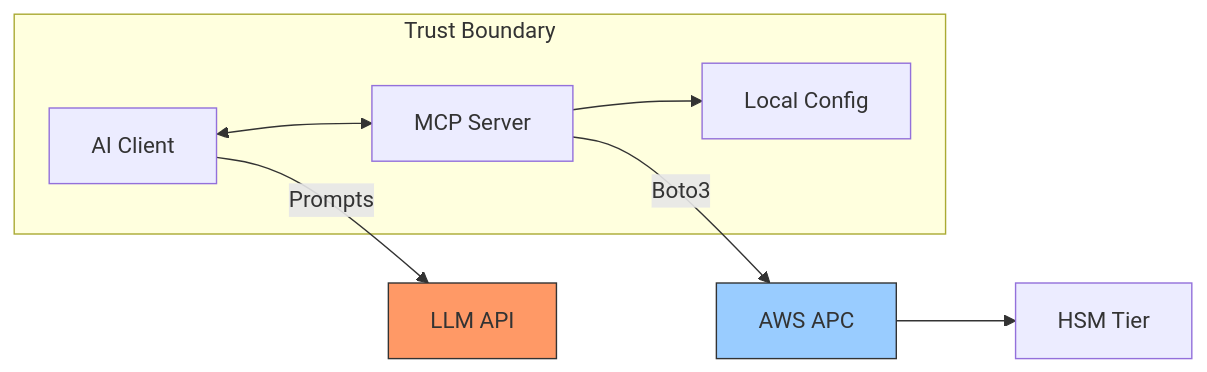
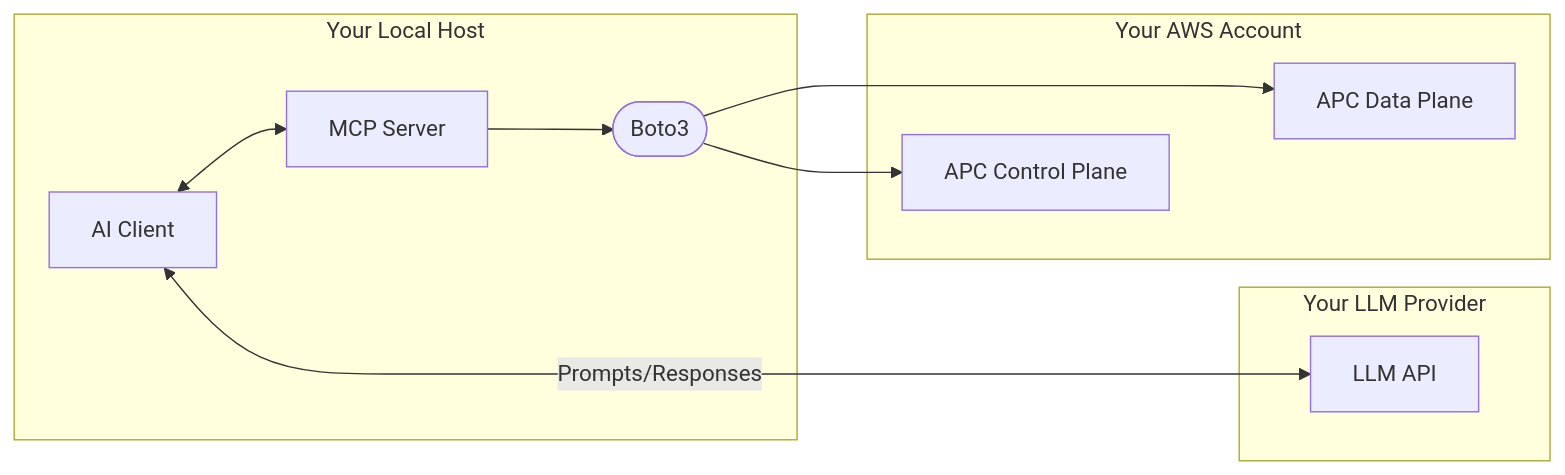
One commit to J8k3/aws-payment-cryptography-mcp changed the diagram in README.md. Above: the diagram before and after it, drawn with Mermaid.

Commit message:
Revise architecture diagram in README
Updated architecture diagram to include local host and AWS account details.

````diff
--- a/README.md
+++ b/README.md
@@ -25,11 +25,20 @@
 ```mermaid
 graph LR
-    subgraph "Trust Boundary"
-        A[AI Client] <--> B[MCP Server] --> C[Local Config]
-    end
-    B -- "Boto3" --> D[AWS APC] --> E[HSM Tier]
-    A -- "Prompts" --> F[LLM API]
-    
-    style F fill:#f96,stroke:#333
-    style D fill:#9cf,stroke:#333
+      subgraph "Your Local Host"
+          A[AI Client] <--> B[MCP Server]
+          B --> G([Boto3])
+      end
+      subgraph "Your AWS Account"
+          D[APC Control Plane]
+          E[APC Data Plane]
+      end
+      subgraph "Your LLM Provider"
+          F[LLM API]
+      end
+
+      G --> D
+      G --> E
+      A <-- "Prompts/Responses" --> F
+      D ~~~ F
+      D ~~~ E
 ```
````
